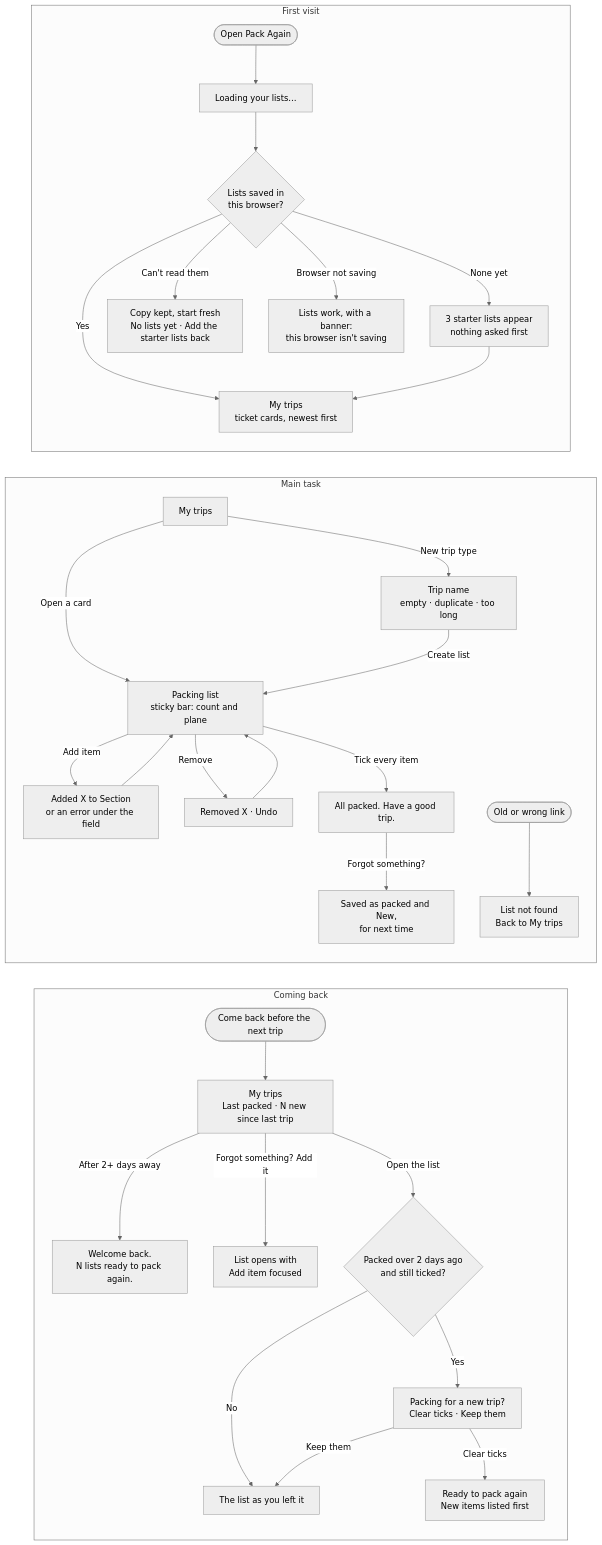
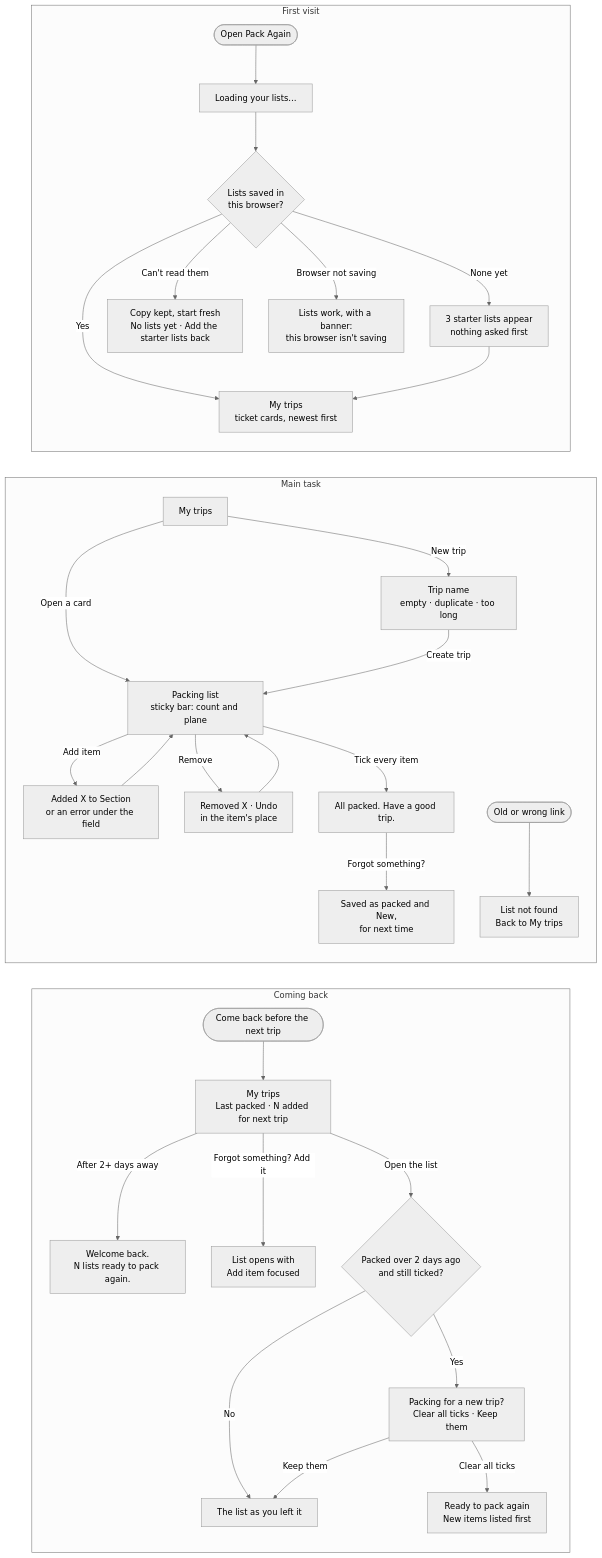
Before and after one commit to aorihuela7/design-assigment3: the diagram in README.md, drawn with Mermaid (neutral theme). The commit also changed other lines of this file and 1 other file, not shown here.

First line of the commit message:
Update README and flows to the current wording and fixes

````diff
--- a/README.md
+++ b/README.md
@@ -11,43 +11,43 @@
 ```mermaid
 flowchart TD
   subgraph first["First visit"]
     direction TB
     A1(["Open Pack Again"]) --> A2["Loading your lists…"]
     A2 --> A3{"Lists saved in<br/>this browser?"}
     A3 -- "None yet" --> A4["3 starter lists appear<br/>nothing asked first"]
     A3 -- "Yes" --> A7
     A3 -- "Can't read them" --> A5["Copy kept, start fresh<br/>No lists yet · Add the starter lists back"]
     A3 -- "Browser not saving" --> A6["Lists work, with a banner:<br/>this browser isn't saving"]
     A4 --> A7["My trips<br/>ticket cards, newest first"]
   end
 
   subgraph main["Main task"]
     direction TB
     B1["My trips"] -- "Open a card" --> B3["Packing list<br/>sticky bar: count and plane"]
-    B1 -- "New trip type" --> B2["Trip name<br/>empty · duplicate · too long"]
-    B2 -- "Create list" --> B3
+    B1 -- "New trip" --> B2["Trip name<br/>empty · duplicate · too long"]
+    B2 -- "Create trip" --> B3
     B3 -- "Add item" --> B4["Added X to Section<br/>or an error under the field"]
     B4 --> B3
-    B3 -- "Remove" --> B5["Removed X · Undo"]
+    B3 -- "Remove" --> B5["Removed X · Undo<br/>in the item's place"]
     B5 --> B3
     B3 -- "Tick every item" --> B6["All packed. Have a good trip."]
     B6 -- "Forgot something?" --> B7["Saved as packed and New,<br/>for next time"]
     B8(["Old or wrong link"]) --> B9["List not found<br/>Back to My trips"]
   end
 
   subgraph back["Coming back"]
     direction TB
-    C1(["Come back before the next trip"]) --> C2["My trips<br/>Last packed · N new since last trip"]
+    C1(["Come back before the next trip"]) --> C2["My trips<br/>Last packed · N added for next trip"]
     C2 -- "After 2+ days away" --> C3["Welcome back.<br/>N lists ready to pack again."]
     C2 -- "Forgot something? Add it" --> C7["List opens with<br/>Add item focused"]
     C2 -- "Open the list" --> C4{"Packed over 2 days ago<br/>and still ticked?"}
-    C4 -- "Yes" --> C5["Packing for a new trip?<br/>Clear ticks · Keep them"]
+    C4 -- "Yes" --> C5["Packing for a new trip?<br/>Clear all ticks · Keep them"]
     C4 -- "No" --> C8["The list as you left it"]
-    C5 -- "Clear ticks" --> C6["Ready to pack again<br/>New items listed first"]
+    C5 -- "Clear all ticks" --> C6["Ready to pack again<br/>New items listed first"]
     C5 -- "Keep them" --> C8
   end
 
   %% Invisible links stack the three flows top to bottom.
   first ~~~ main
   main ~~~ back
 ```
````
